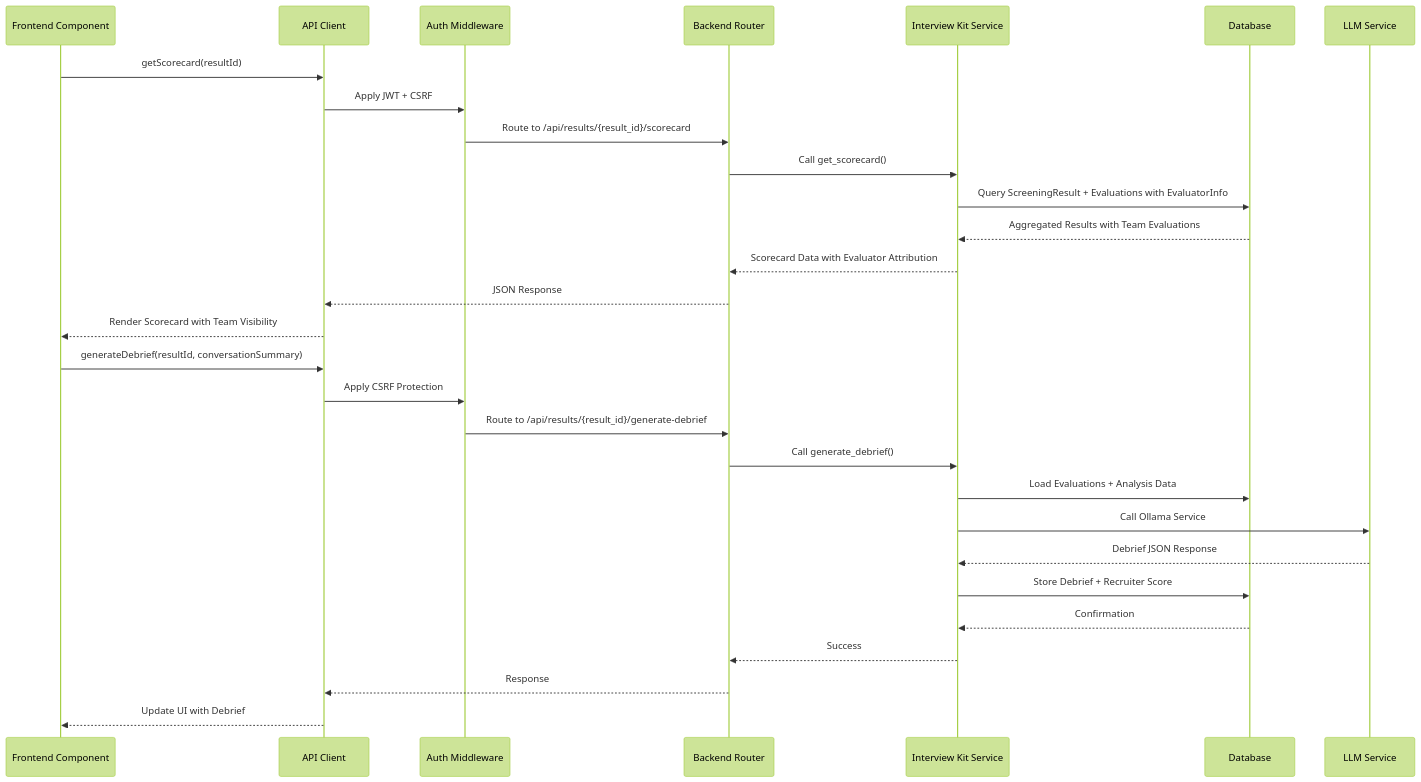
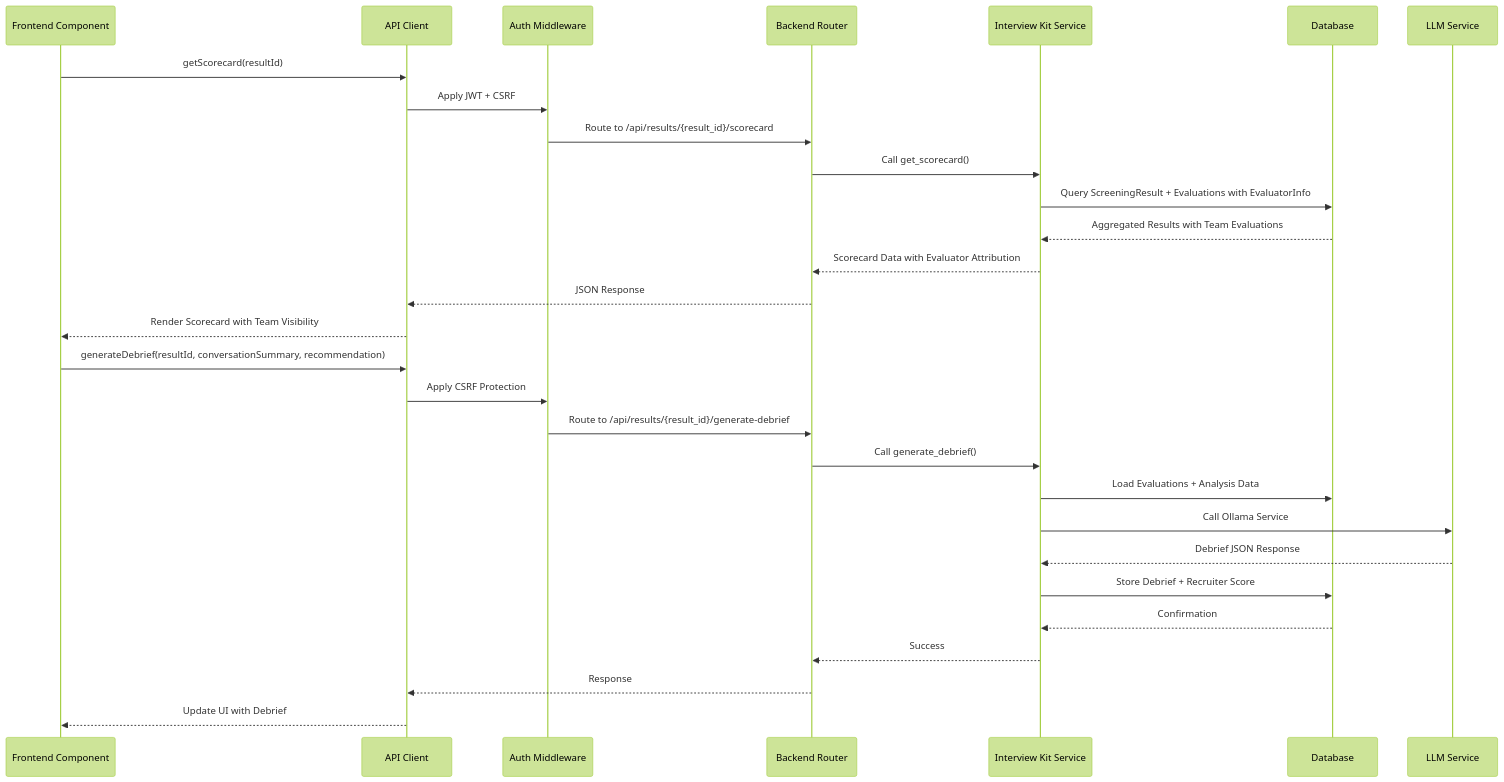
The sixth of 12 diagrams in .qoder/repowiki/en/content/Frontend Architecture/Component Library/Interview Scorecard Component.md (Revanththetalogics/aireume), drawn with Mermaid (forest theme) before and after one commit. The commit also changed other lines of this file and 32 other files, not shown here.

````diff
--- a/.qoder/repowiki/en/content/Frontend Architecture/Component Library/Interview Scorecard Component.md
+++ b/.qoder/repowiki/en/content/Frontend Architecture/Component Library/Interview Scorecard Component.md
@@ -413,31 +432,31 @@
 ```mermaid
 sequenceDiagram
 participant FC as Frontend Component
 participant API as API Client
 participant AUTH as Auth Middleware
 participant ROUTER as Backend Router
 participant SVC as Interview Kit Service
 participant DB as Database
 participant LLM as LLM Service
 FC->>API : getScorecard(resultId)
 API->>AUTH : Apply JWT + CSRF
 AUTH->>ROUTER : Route to /api/results/{result_id}/scorecard
 ROUTER->>SVC : Call get_scorecard()
 SVC->>DB : Query ScreeningResult + Evaluations with EvaluatorInfo
 DB-->>SVC : Aggregated Results with Team Evaluations
 SVC-->>ROUTER : Scorecard Data with Evaluator Attribution
 ROUTER-->>API : JSON Response
 API-->>FC : Render Scorecard with Team Visibility
-FC->>API : generateDebrief(resultId, conversationSummary)
+FC->>API : generateDebrief(resultId, conversationSummary, recommendation)
 API->>AUTH : Apply CSRF Protection
 AUTH->>ROUTER : Route to /api/results/{result_id}/generate-debrief
 ROUTER->>SVC : Call generate_debrief()
 SVC->>DB : Load Evaluations + Analysis Data
 SVC->>LLM : Call Ollama Service
 LLM-->>SVC : Debrief JSON Response
 SVC->>DB : Store Debrief + Recruiter Score
 DB-->>SVC : Confirmation
 SVC-->>ROUTER : Success
 ROUTER-->>API : Response
 API-->>FC : Update UI with Debrief
 ```
````
